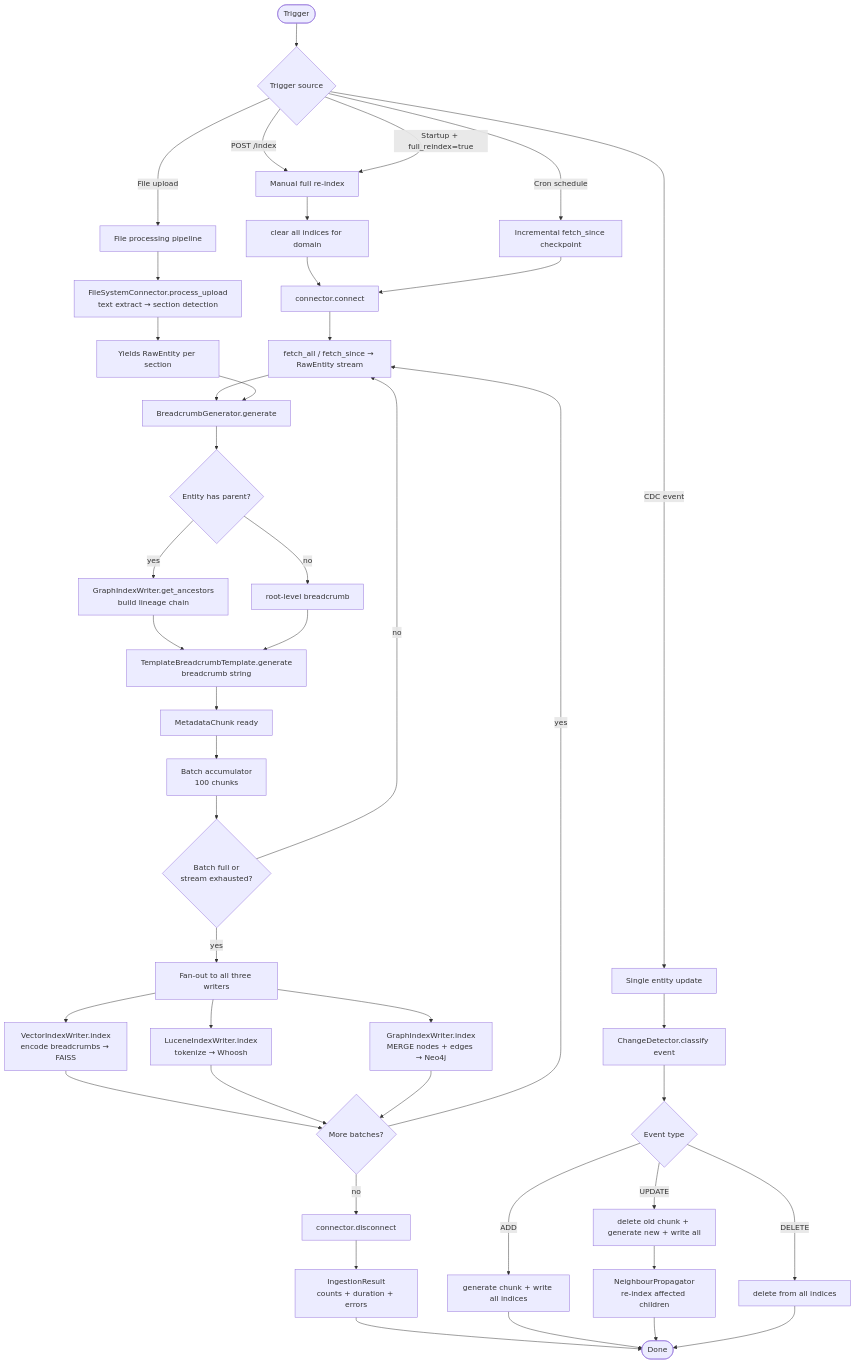
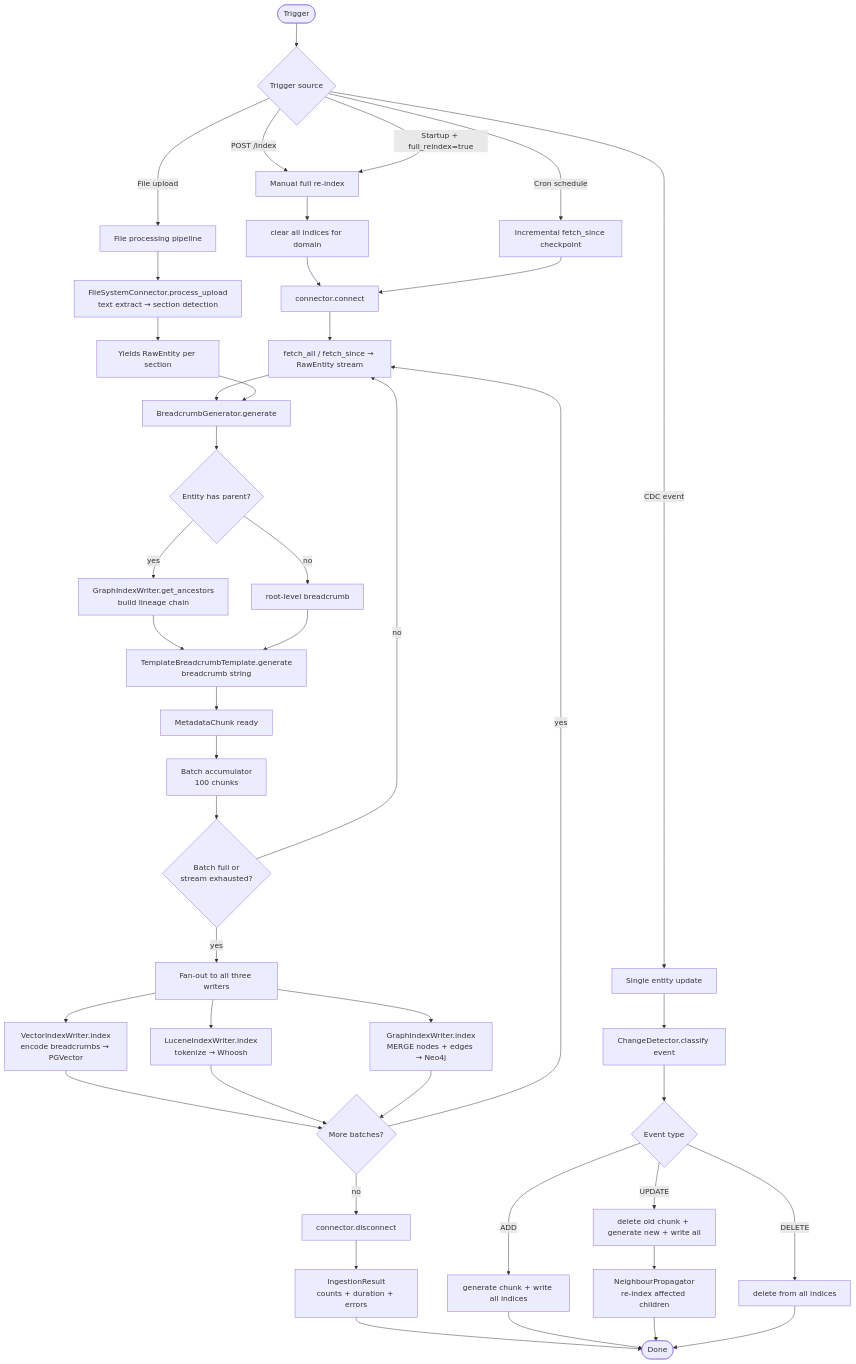
The first of 9 diagrams in docs/08-flow-diagrams.md (maheshyaddanapudi/trilayer-generic-search), drawn with Mermaid before and after one commit. The commit also changed other lines of this file and 8 other files, not shown here.

Commit message:
docs: describe vector index as PGVector (matches implementation); remove FAISS references

````diff
--- a/docs/08-flow-diagrams.md
+++ b/docs/08-flow-diagrams.md
@@ -7,53 +7,53 @@
 ```mermaid
 flowchart TD
     A([Trigger]) --> B{Trigger source}
     B -->|POST /index| C[Manual full re-index]
     B -->|Startup + full_reindex=true| C
     B -->|Cron schedule| D[Incremental fetch_since checkpoint]
     B -->|CDC event| E[Single entity update]
     B -->|File upload| F[File processing pipeline]
 
     C --> G[clear all indices for domain]
     G --> H[connector.connect]
     D --> H
     H --> I[fetch_all / fetch_since → RawEntity stream]
 
     I --> J[BreadcrumbGenerator.generate]
     J --> K{Entity has parent?}
     K -->|yes| L[GraphIndexWriter.get_ancestors\nbuild lineage chain]
     K -->|no| M[root-level breadcrumb]
     L --> N[TemplateBreadcrumbTemplate.generate\nbreadcrumb string]
     M --> N
 
     N --> O[MetadataChunk ready]
     O --> P[Batch accumulator\n100 chunks]
     P --> Q{Batch full or\nstream exhausted?}
     Q -->|no| I
     Q -->|yes| R[Fan-out to all three writers]
 
-    R --> S[VectorIndexWriter.index\nencode breadcrumbs → FAISS]
+    R --> S[VectorIndexWriter.index\nencode breadcrumbs → PGVector]
     R --> T[LuceneIndexWriter.index\ntokenize → Whoosh]
     R --> U[GraphIndexWriter.index\nMERGE nodes + edges → Neo4j]
 
     S --> V{More batches?}
     T --> V
     U --> V
     V -->|yes| I
     V -->|no| W[connector.disconnect]
     W --> X[IngestionResult\ncounts + duration + errors]
     X --> Y([Done])
 
     E --> Z[ChangeDetector.classify event]
     Z --> AA{Event type}
     AA -->|ADD| AB[generate chunk + write all indices]
     AA -->|UPDATE| AC[delete old chunk + generate new + write all]
     AA -->|DELETE| AD[delete from all indices]
     AC --> AE[NeighbourPropagator\nre-index affected children]
     AB --> Y
     AE --> Y
     AD --> Y
 
     F --> AF[FileSystemConnector.process_upload\ntext extract → section detection]
     AF --> AG[Yields RawEntity per section]
     AG --> J
 ```
````
